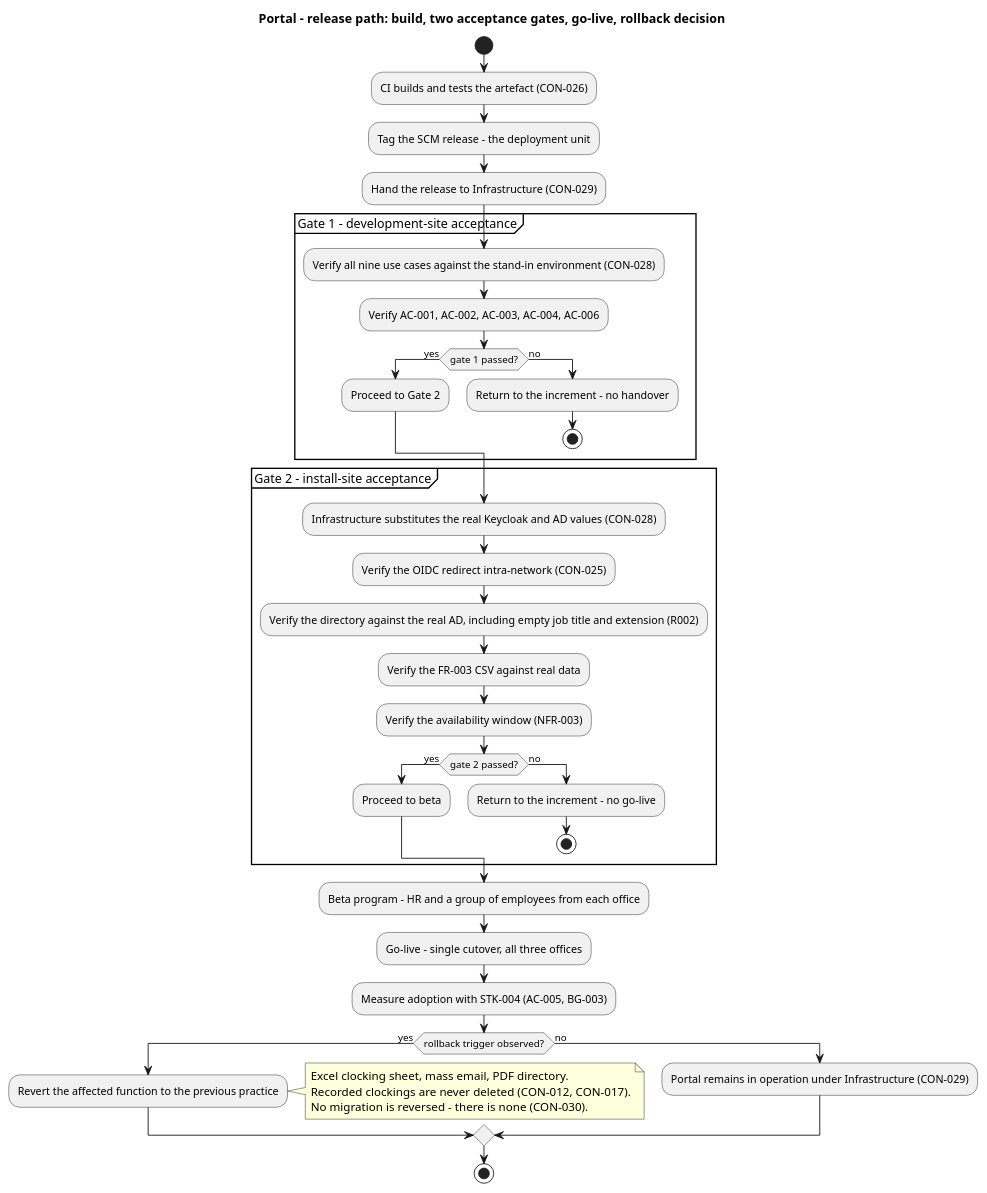
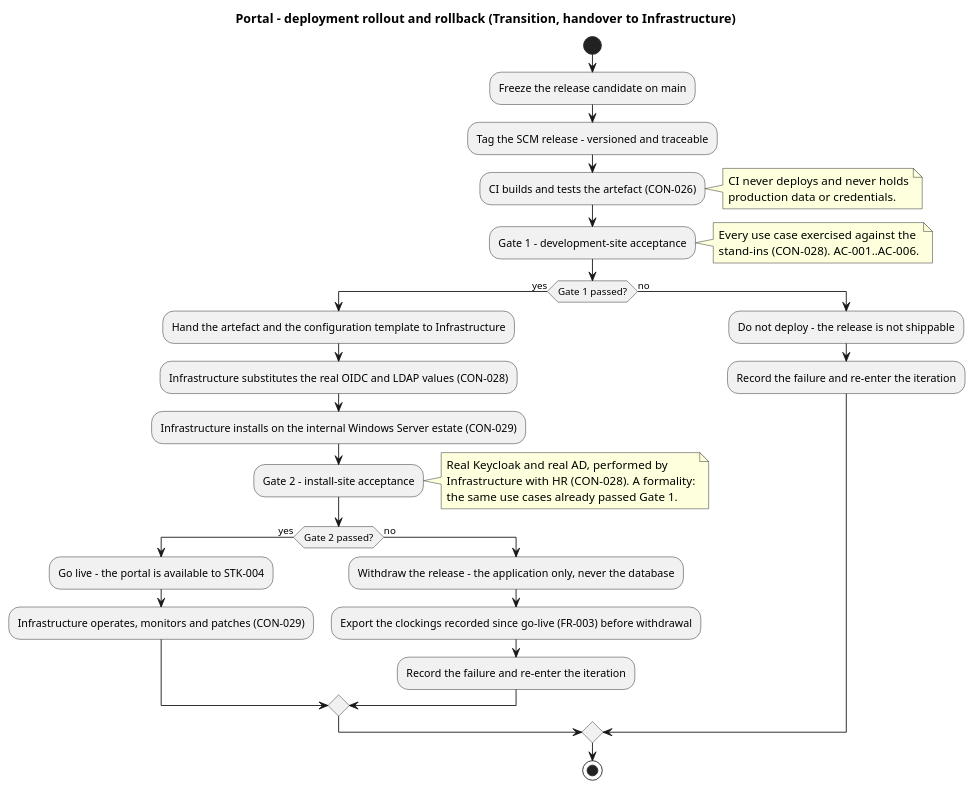
Before and after one commit to banense-test/portal: the second of 2 diagrams in docs/DEPLOYMENT_STRATEGY.md, drawn with PlantUML. The commit also changed other lines of this file, not shown here.

Commit message:
chore(dm): publish deployment strategy baseline (Inception iteration 3)

````diff
--- a/docs/DEPLOYMENT_STRATEGY.md
+++ b/docs/DEPLOYMENT_STRATEGY.md
@@ -96,51 +142,41 @@
 ```plantuml
-@startuml DM_ReleasePath
-title Portal - release path: build, two acceptance gates, go-live, rollback decision
-
+@startuml DM_Rollout
+title Portal - deployment rollout and rollback (Transition, handover to Infrastructure)
 start
+:Freeze the release candidate on main;
+:Tag the SCM release - versioned and traceable;
 :CI builds and tests the artefact (CON-026);
-:Tag the SCM release - the deployment unit;
-:Hand the release to Infrastructure (CON-029);
-
-partition "Gate 1 - development-site acceptance" {
-  :Verify all nine use cases against the stand-in environment (CON-028);
-  :Verify AC-001, AC-002, AC-003, AC-004, AC-006;
-  if (gate 1 passed?) then (yes)
-    :Proceed to Gate 2;
+note right
+  CI never deploys and never holds
+  production data or credentials.
+end note
+:Gate 1 - development-site acceptance;
+note right
+  Every use case exercised against the
+  stand-ins (CON-028). AC-001..AC-006.
+end note
+if (Gate 1 passed?) then (yes)
+  :Hand the artefact and the configuration template to Infrastructure;
+  :Infrastructure substitutes the real OIDC and LDAP values (CON-028);
+  :Infrastructure installs on the internal Windows Server estate (CON-029);
+  :Gate 2 - install-site acceptance;
+  note right
+    Real Keycloak and real AD, performed by
+    Infrastructure with HR (CON-028). A formality:
+    the same use cases already passed Gate 1.
+  end note
+  if (Gate 2 passed?) then (yes)
+    :Go live - the portal is available to STK-004;
+    :Infrastructure operates, monitors and patches (CON-029);
   else (no)
-    :Return to the increment - no handover;
-    stop
+    :Withdraw the release - the application only, never the database;
+    :Export the clockings recorded since go-live (FR-003) before withdrawal;
+    :Record the failure and re-enter the iteration;
   endif
-}
-
-partition "Gate 2 - install-site acceptance" {
-  :Infrastructure substitutes the real Keycloak and AD values (CON-028);
-  :Verify the OIDC redirect intra-network (CON-025);
-  :Verify the directory against the real AD, including empty job title and extension (R002);
-  :Verify the FR-003 CSV against real data;
-  :Verify the availability window (NFR-003);
-  if (gate 2 passed?) then (yes)
-    :Proceed to beta;
-  else (no)
-    :Return to the increment - no go-live;
-    stop
-  endif
-}
-
-:Beta program - HR and a group of employees from each office;
-:Go-live - single cutover, all three offices;
-:Measure adoption with STK-004 (AC-005, BG-003);
-
-if (rollback trigger observed?) then (yes)
-  :Revert the affected function to the previous practice;
-  note right
-    Excel clocking sheet, mass email, PDF directory.
-    Recorded clockings are never deleted (CON-012, CON-017).
-    No migration is reversed - there is none (CON-030).
-  end note
 else (no)
-  :Portal remains in operation under Infrastructure (CON-029);
+  :Do not deploy - the release is not shippable;
+  :Record the failure and re-enter the iteration;
 endif
 stop
 @enduml
 ```
````
